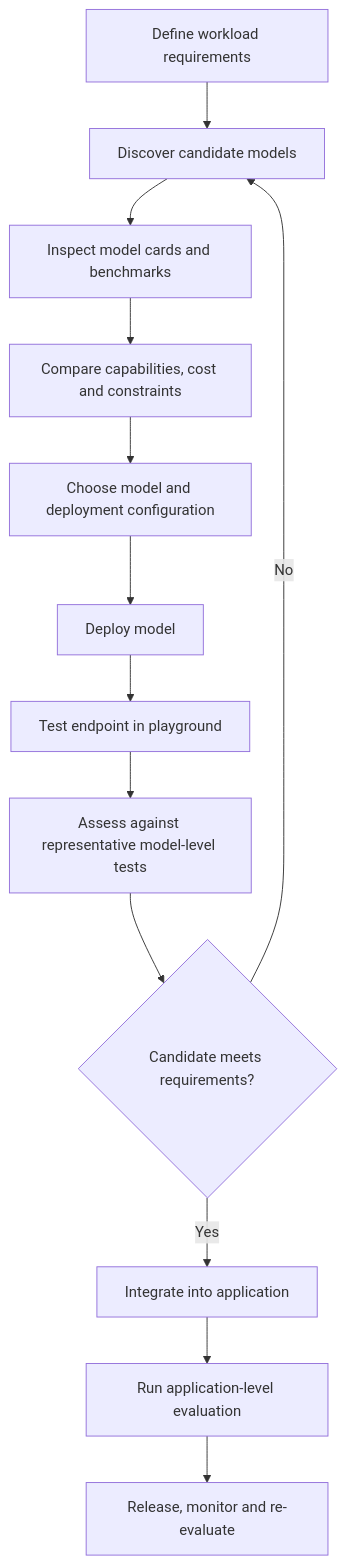
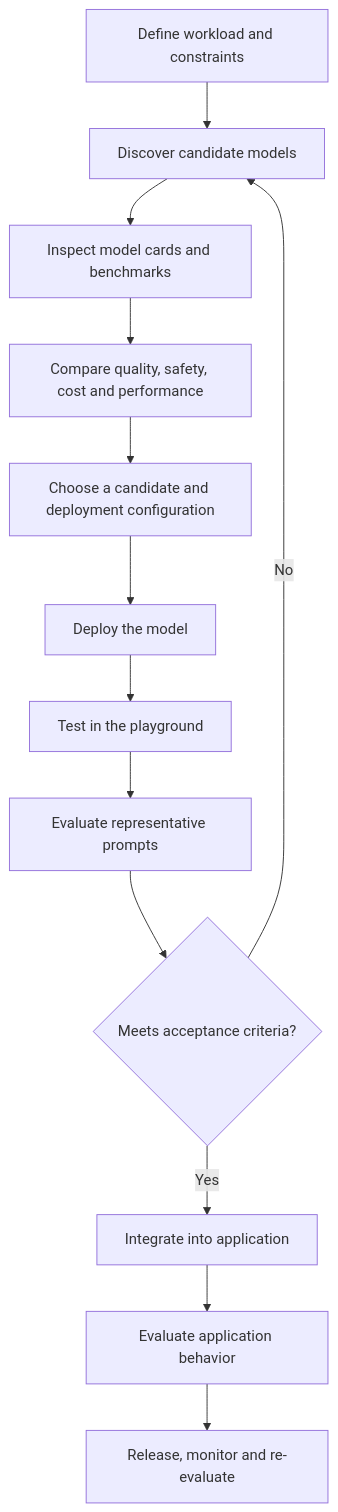
The second of 3 diagrams in docs/10-cloud-ai-engineering/01-azure-ai/generative-ai/01-azure-ai-architecture-and-model-lifecycle.md (MihirKJha/enterprise-ai-engineering-handbook), drawn with Mermaid before and after one commit. The commit also changed other lines of this file and 8 other files, not shown here.

First line of the commit message:
Updated note 01-azure-ai-architecture-and-model-lifecycle.md, added screenshots

````diff
--- a/docs/10-cloud-ai-engineering/01-azure-ai/generative-ai/01-azure-ai-architecture-and-model-lifecycle.md
+++ b/docs/10-cloud-ai-engineering/01-azure-ai/generative-ai/01-azure-ai-architecture-and-model-lifecycle.md
@@ -44,15 +199,15 @@
-```mermaid
+``` mermaid
 flowchart TD
-    A[Define workload requirements] --> B[Discover candidate models]
+    A[Define workload and constraints] --> B[Discover candidate models]
     B --> C[Inspect model cards and benchmarks]
-    C --> D[Compare capabilities, cost and constraints]
-    D --> E[Choose model and deployment configuration]
-    E --> F[Deploy model]
-    F --> G[Test endpoint in playground]
-    G --> H[Assess against representative model-level tests]
-    H --> I{Candidate meets requirements?}
+    C --> D[Compare quality, safety, cost and performance]
+    D --> E[Choose a candidate and deployment configuration]
+    E --> F[Deploy the model]
+    F --> G[Test in the playground]
+    G --> H[Evaluate representative prompts]
+    H --> I{Meets acceptance criteria?}
     I -- No --> B
     I -- Yes --> J[Integrate into application]
-    J --> K[Run application-level evaluation]
+    J --> K[Evaluate application behavior]
     K --> L[Release, monitor and re-evaluate]
 ```
````
